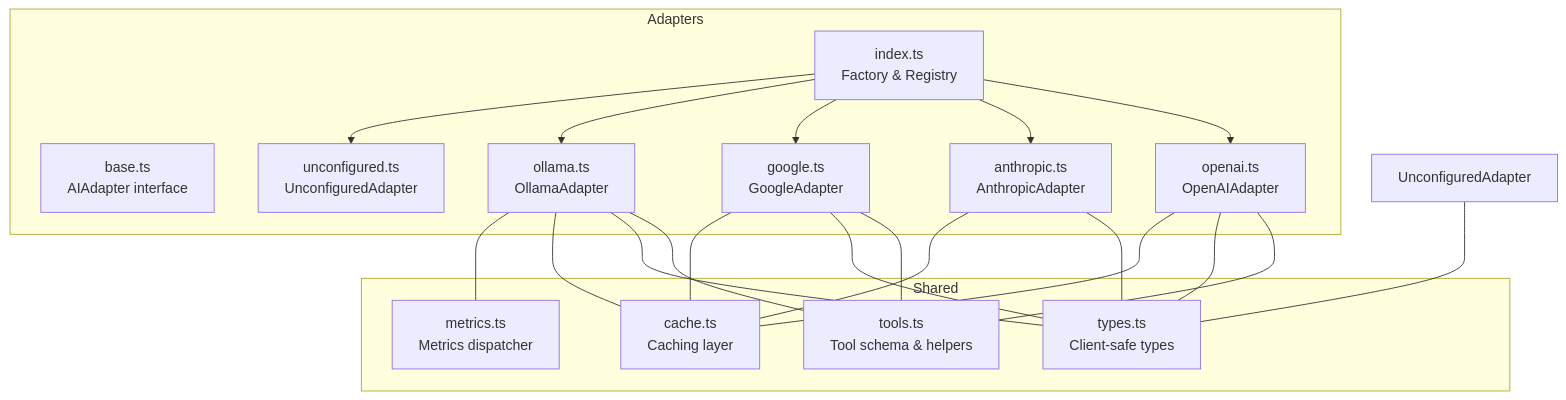
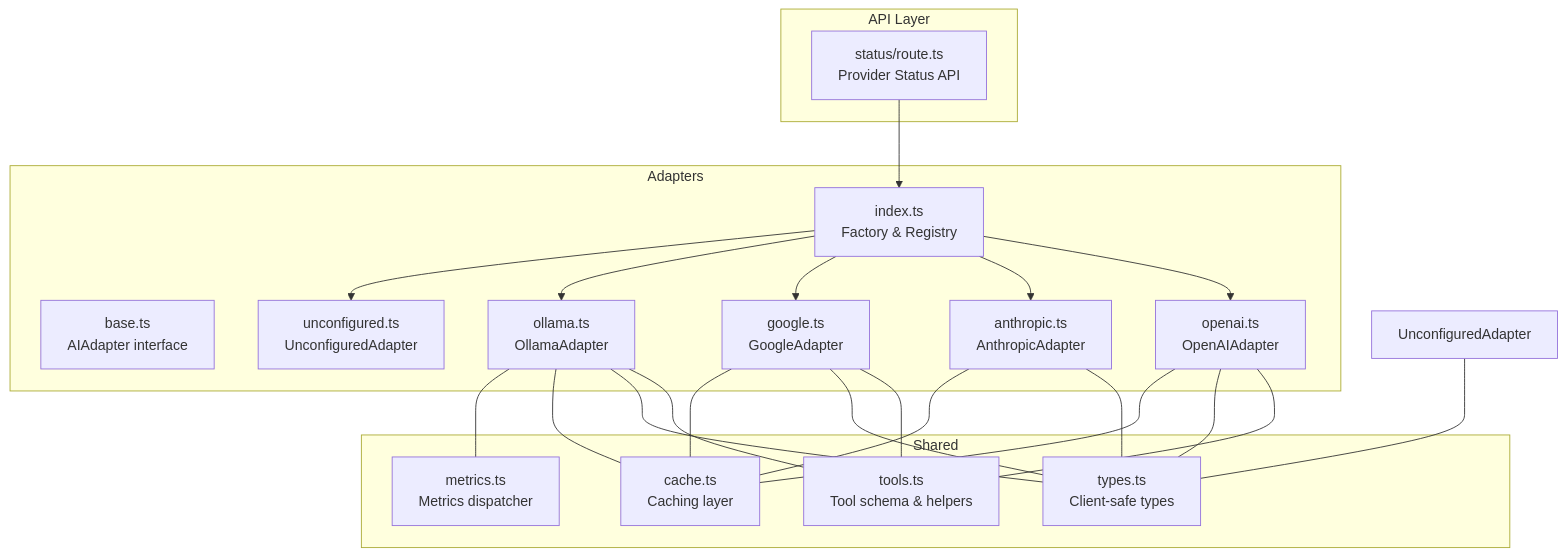
One commit to shekhargiri005-dotcom/AI-powered-accessibility-first-UI-engine changed the first of 12 diagrams in .qoder/repowiki/en/content/Architecture & Design/Layered Architecture/Integration Layer/AI Provider Adapters.md. Above: the diagram before and after it, drawn with Mermaid. The commit also changed other lines of this file and 9 other files, not shown here.

````diff
--- a/.qoder/repowiki/en/content/Architecture & Design/Layered Architecture/Integration Layer/AI Provider Adapters.md
+++ b/.qoder/repowiki/en/content/Architecture & Design/Layered Architecture/Integration Layer/AI Provider Adapters.md
@@ -38,36 +49,40 @@
 ```mermaid
 graph TB
 subgraph "Adapters"
 IDX["index.ts<br/>Factory & Registry"]
 BASE["base.ts<br/>AIAdapter interface"]
 OA["openai.ts<br/>OpenAIAdapter"]
 AA["anthropic.ts<br/>AnthropicAdapter"]
 GA["google.ts<br/>GoogleAdapter"]
 OLA["ollama.ts<br/>OllamaAdapter"]
 UC["unconfigured.ts<br/>UnconfiguredAdapter"]
 end
 subgraph "Shared"
 TYPES["types.ts<br/>Client-safe types"]
 TOOLS["tools.ts<br/>Tool schema & helpers"]
 CACHE["cache.ts<br/>Caching layer"]
 METRICS["metrics.ts<br/>Metrics dispatcher"]
+end
+subgraph "API Layer"
+STATUS["status/route.ts<br/>Provider Status API"]
 end
 IDX --> OA
 IDX --> AA
 IDX --> GA
 IDX --> OLA
 IDX --> UC
 OA --- TOOLS
 GA --- TOOLS
 OLA --- TOOLS
 OA --- TYPES
 AA --- TYPES
 GA --- TYPES
 OLA --- TYPES
 OLA --- CACHE
 OA --- CACHE
 AA --- CACHE
 GA --- CACHE
 OLA --- METRICS
+STATUS --> IDX
 UA["UnconfiguredAdapter"] --- TYPES
 ```
````
